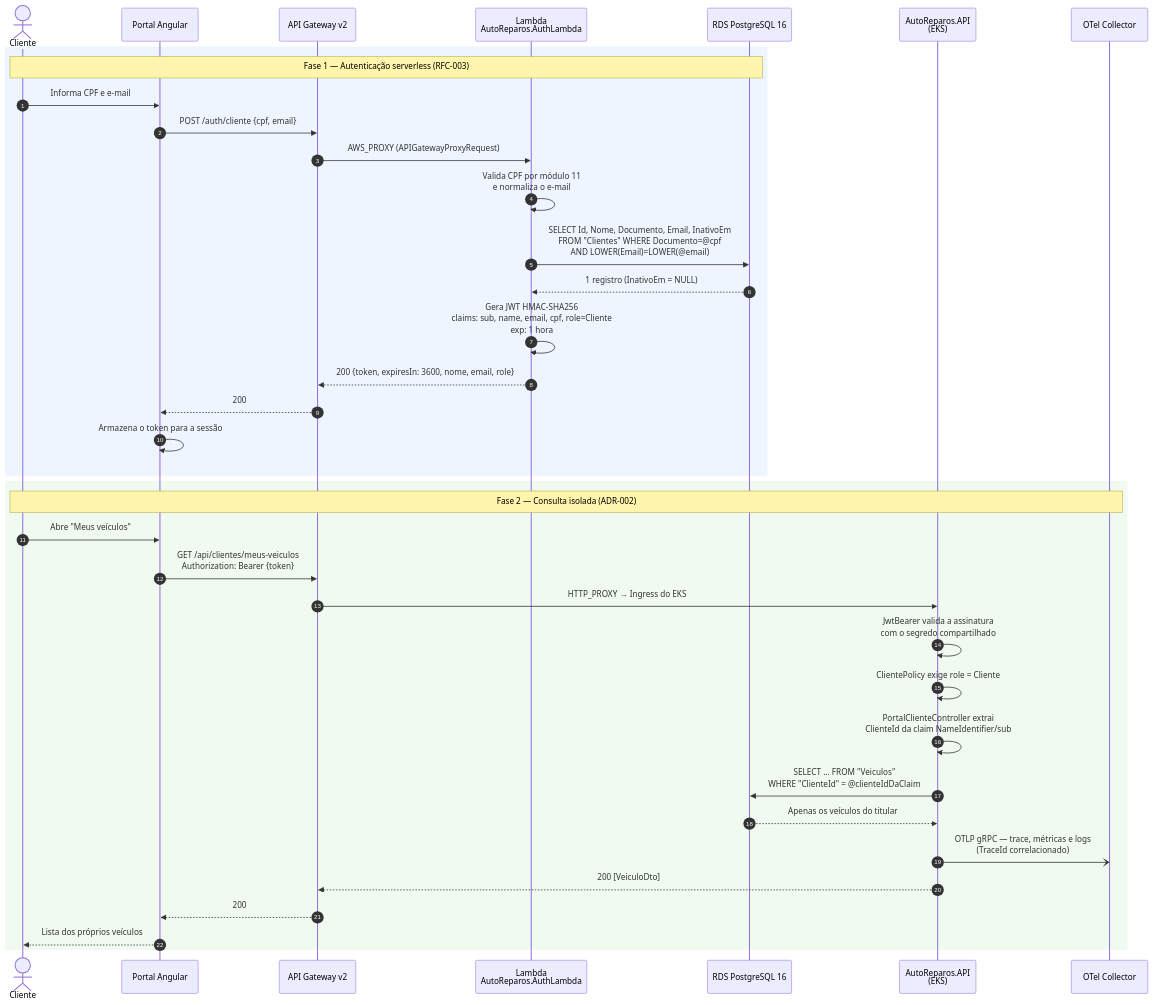
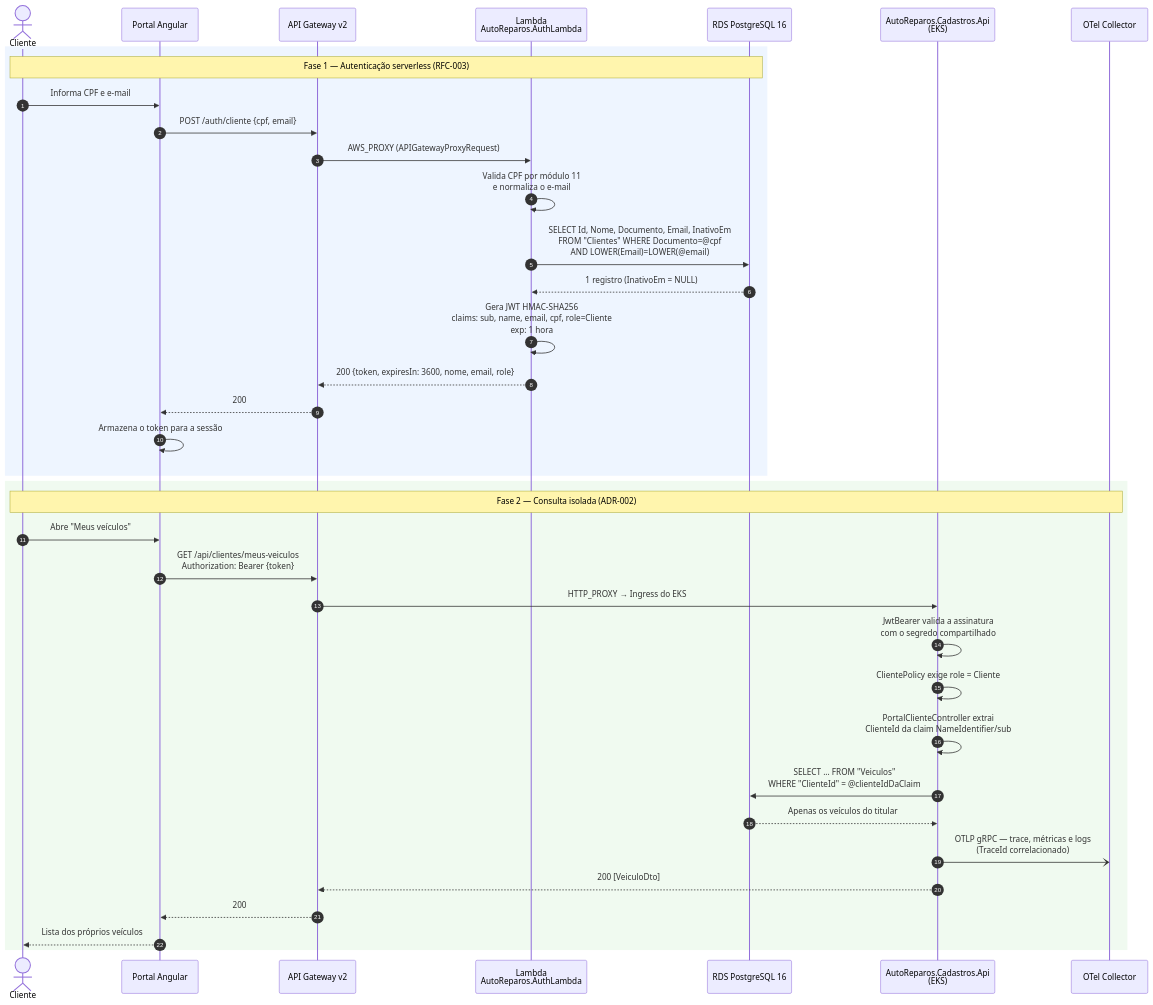
Before and after one commit to Grupo78-PosTech-15SOAT/AutoReparos: the first of 4 diagrams in docs/architecture/diagrams/sequence_portal_auth_and_query.md, drawn with Mermaid. The commit also changed other lines of this file and 12 other files, not shown here.

````diff
--- a/docs/architecture/diagrams/sequence_portal_auth_and_query.md
+++ b/docs/architecture/diagrams/sequence_portal_auth_and_query.md
@@ -15,41 +15,41 @@
 ```mermaid
 sequenceDiagram
     autonumber
     actor C as Cliente
     participant P as Portal Angular
     participant G as API Gateway v2
     participant L as Lambda<br/>AutoReparos.AuthLambda
     participant D as RDS PostgreSQL 16
-    participant A as AutoReparos.API<br/>(EKS)
+    participant A as AutoReparos.Cadastros.Api<br/>(EKS)
     participant O as OTel Collector
 
     rect rgb(238, 245, 255)
     note over C,D: Fase 1 — Autenticação serverless (RFC-003)
     C->>P: Informa CPF e e-mail
     P->>G: POST /auth/cliente {cpf, email}
     G->>L: AWS_PROXY (APIGatewayProxyRequest)
     L->>L: Valida CPF por módulo 11<br/>e normaliza o e-mail
     L->>D: SELECT Id, Nome, Documento, Email, InativoEm<br/>FROM "Clientes" WHERE Documento=@cpf<br/>AND LOWER(Email)=LOWER(@email)
     D-->>L: 1 registro (InativoEm = NULL)
     L->>L: Gera JWT HMAC-SHA256<br/>claims: sub, name, email, cpf, role=Cliente<br/>exp: 1 hora
     L-->>G: 200 {token, expiresIn: 3600, nome, email, role}
     G-->>P: 200
     P->>P: Armazena o token para a sessão
     end
 
     rect rgb(240, 250, 240)
     note over C,O: Fase 2 — Consulta isolada (ADR-002)
     C->>P: Abre "Meus veículos"
     P->>G: GET /api/clientes/meus-veiculos<br/>Authorization: Bearer {token}
     G->>A: HTTP_PROXY → Ingress do EKS
     A->>A: JwtBearer valida a assinatura<br/>com o segredo compartilhado
     A->>A: ClientePolicy exige role = Cliente
     A->>A: PortalClienteController extrai<br/>ClienteId da claim NameIdentifier/sub
     A->>D: SELECT ... FROM "Veiculos"<br/>WHERE "ClienteId" = @clienteIdDaClaim
     D-->>A: Apenas os veículos do titular
     A-)O: OTLP gRPC — trace, métricas e logs<br/>(TraceId correlacionado)
     A-->>G: 200 [VeiculoDto]
     G-->>P: 200
     P-->>C: Lista dos próprios veículos
     end
 ```
````
